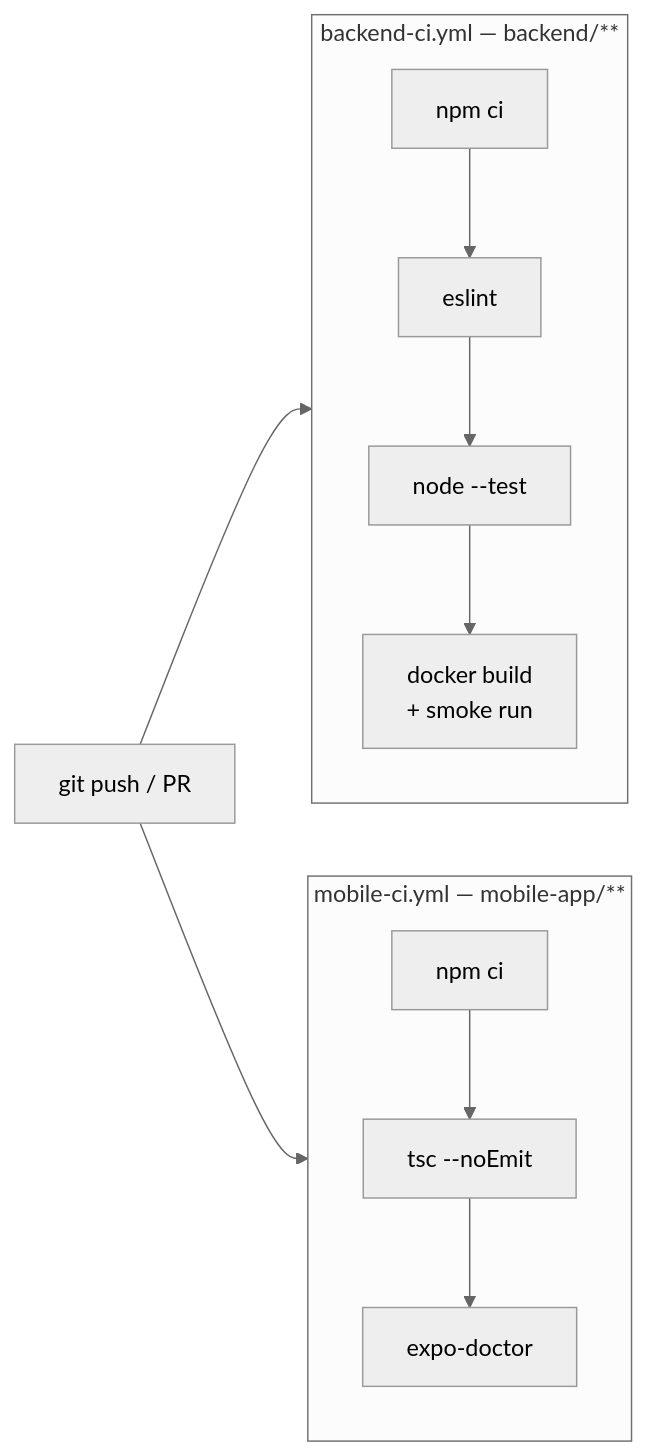
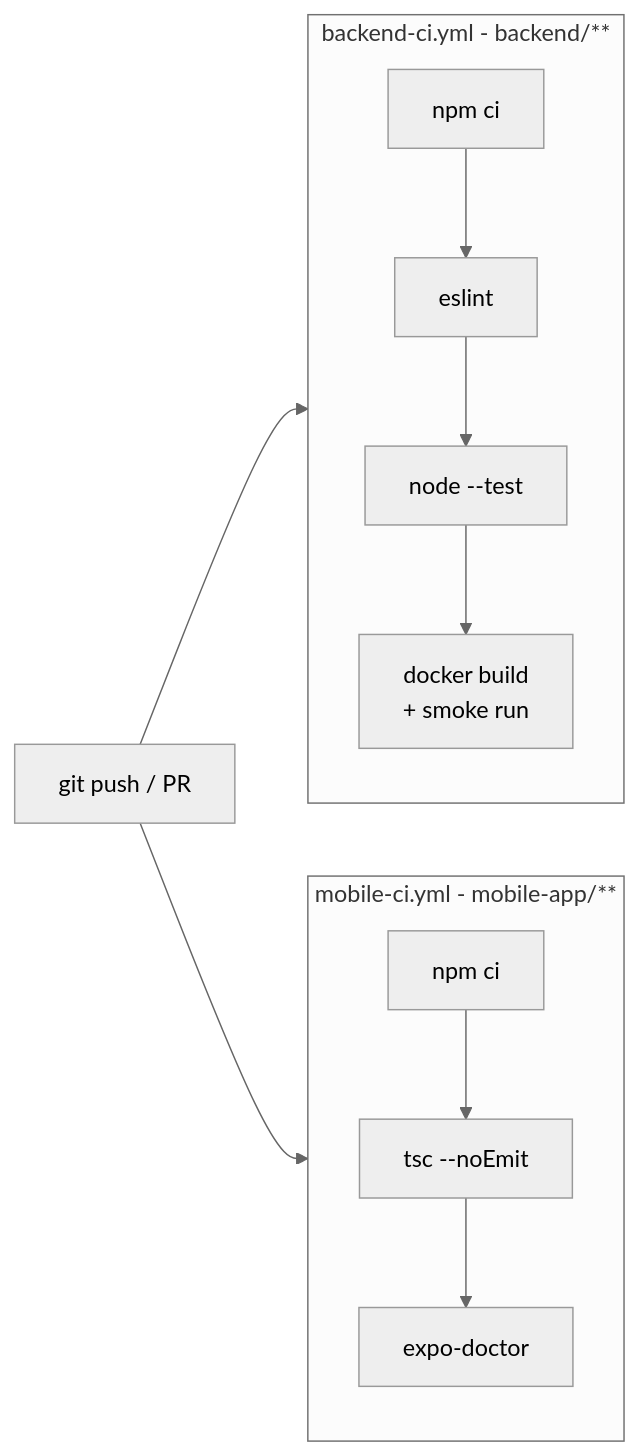
The second of 2 diagrams in README.md (Souvik-Cyclic/Unimanga), drawn with Mermaid (neutral theme) before and after one commit. The commit also changed other lines of this file and 12 other files, not shown here.

````diff
--- a/README.md
+++ b/README.md
@@ -291,13 +310,13 @@
 ```mermaid
 flowchart LR
     push["git push / PR"] --> be
     push --> mo
 
-    subgraph be["backend-ci.yml — backend/**"]
+    subgraph be["backend-ci.yml - backend/**"]
         b1["npm ci"] --> b2["eslint"] --> b3["node --test"] --> b4["docker build<br/>+ smoke run"]
     end
 
-    subgraph mo["mobile-ci.yml — mobile-app/**"]
+    subgraph mo["mobile-ci.yml - mobile-app/**"]
         m1["npm ci"] --> m2["tsc --noEmit"] --> m3["expo-doctor"]
     end
 ```
````
